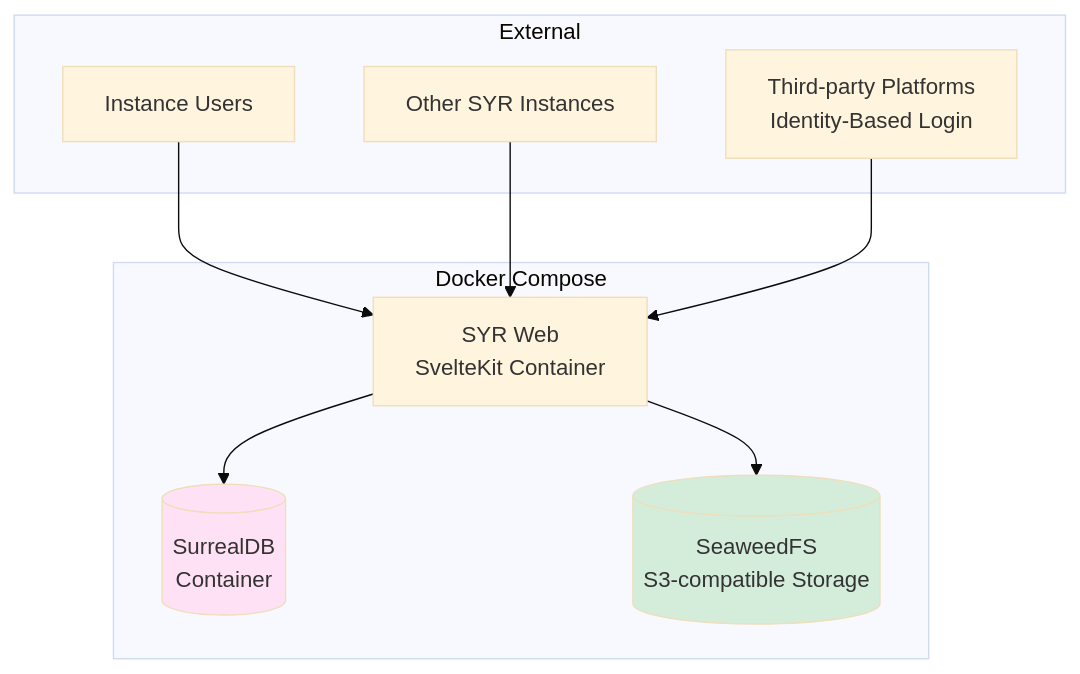
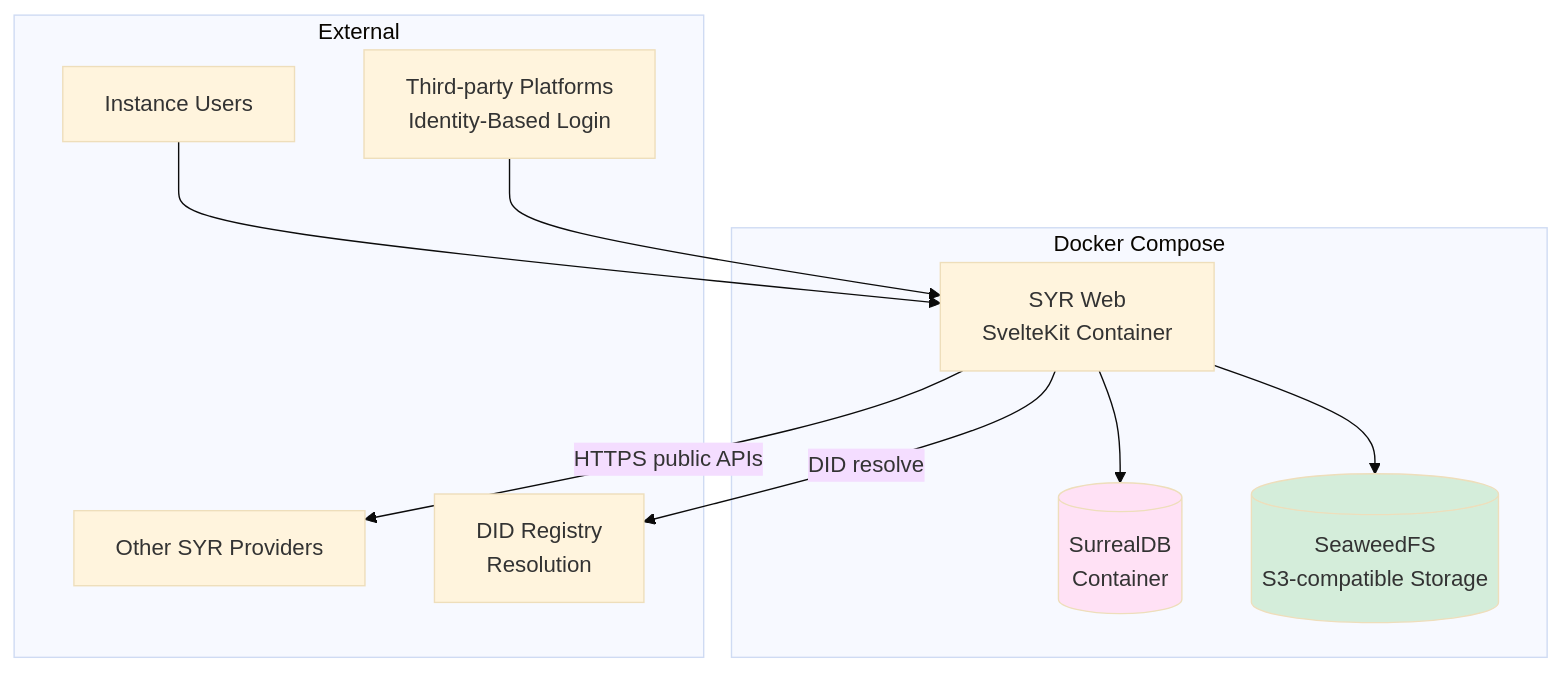
Diagram 13 of 17 in Architecture.md (syr-is/syr), drawn with Mermaid (base theme) before and after one commit. The commit also changed other lines of this file and 67 other files, not shown here.

````diff
--- a/Architecture.md
+++ b/Architecture.md
@@ -591,23 +518,25 @@
 ```mermaid
 graph TB
     subgraph "Docker Compose"
         Web[SYR Web<br/>SvelteKit Container]
         DB[(SurrealDB<br/>Container)]
         S3[(SeaweedFS<br/>S3-compatible Storage)]
     end
 
     subgraph "External"
         Users[Instance Users]
-        Federation[Other SYR Instances]
+        PeerProviders[Other SYR Providers]
+        RegistryExt[DID Registry<br/>Resolution]
         ThirdParty[Third-party Platforms<br/>Identity-Based Login]
     end
 
     Users --> Web
-    Federation --> Web
+    Web -->|"HTTPS public APIs"| PeerProviders
+    Web -->|"DID resolve"| RegistryExt
     ThirdParty --> Web
     Web --> DB
     Web --> S3
 
     style DB fill:#ffe1f5
     style S3 fill:#d4edda
 ```
````
